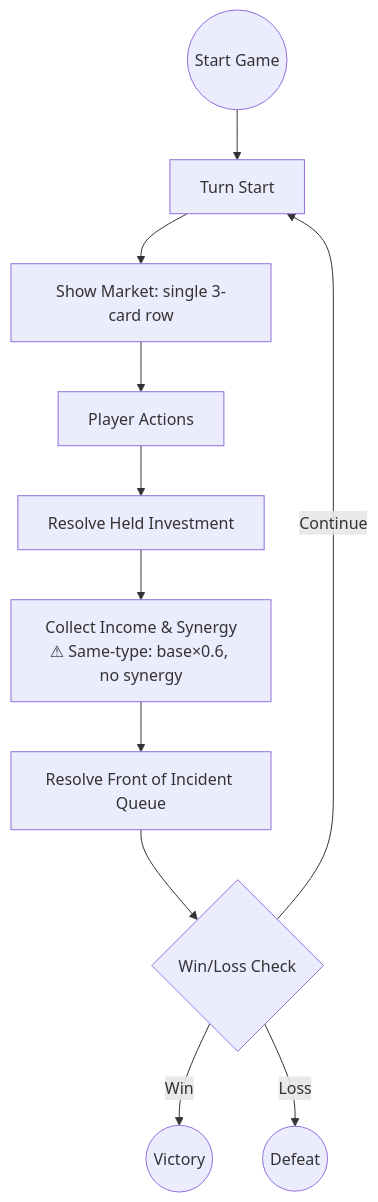
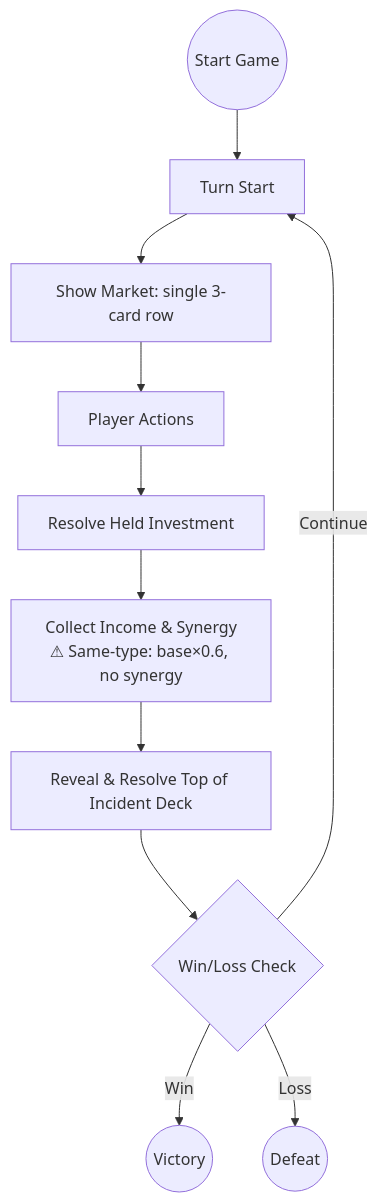
The second of 2 diagrams in docs/main-street/core-rules-and-mechanics.md (TheWizardsCode/Tableau-Card-Engine), drawn with Mermaid before and after one commit. The commit also changed other lines of this file and 12 other files, not shown here.

````diff
--- a/docs/main-street/core-rules-and-mechanics.md
+++ b/docs/main-street/core-rules-and-mechanics.md
@@ -291,14 +291,14 @@
 ```mermaid
 flowchart TD
     Start((Start Game)) --> TurnStart[Turn Start]
     TurnStart --> Market[Show Market: single 3-card row]
     Market --> Actions[Player Actions]
     Actions --> ResolveInvestment[Resolve Held Investment]
     ResolveInvestment --> Income[Collect Income & Synergy]
     Income[Collect Income & Synergy
-⚠ Same-type: base×0.6, no synergy] --> Incident[Resolve Front of Incident Queue]
+⚠ Same-type: base×0.6, no synergy] --> Incident[Reveal & Resolve Top of Incident Deck]
     Incident --> EndCheck{Win/Loss Check}
     EndCheck -->|Win| EndWin((Victory))
     EndCheck -->|Loss| EndLoss((Defeat))
     EndCheck -->|Continue| TurnStart
 ```
````
